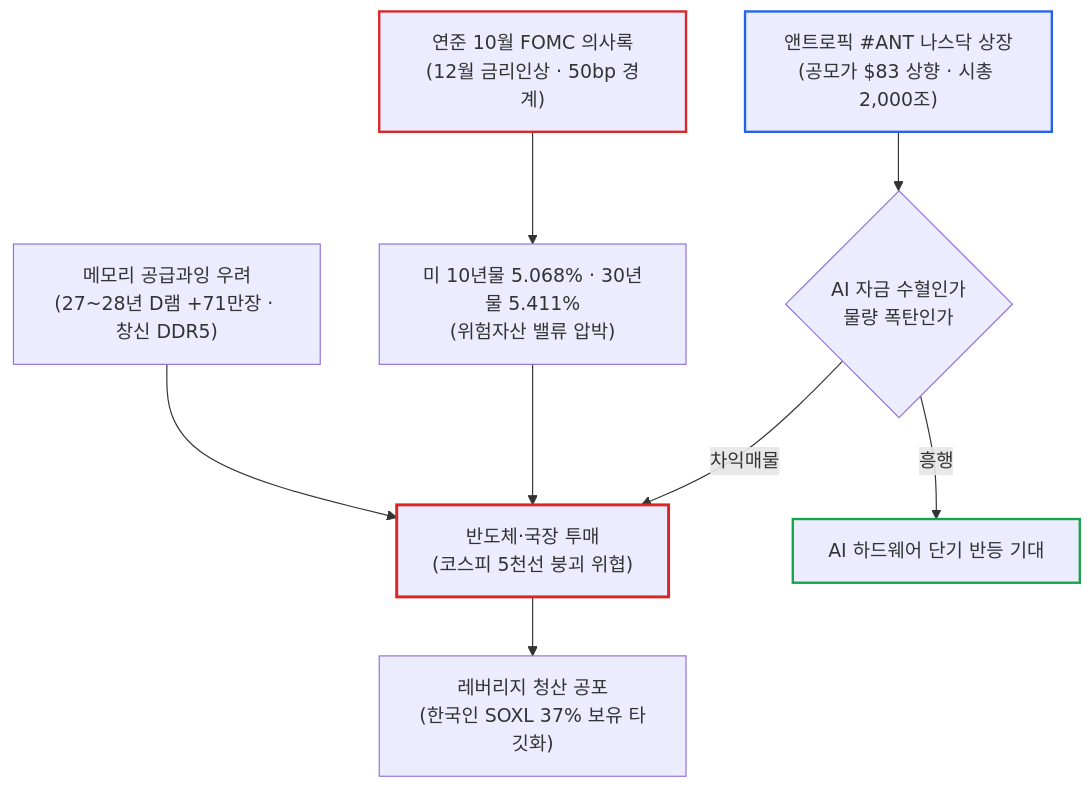
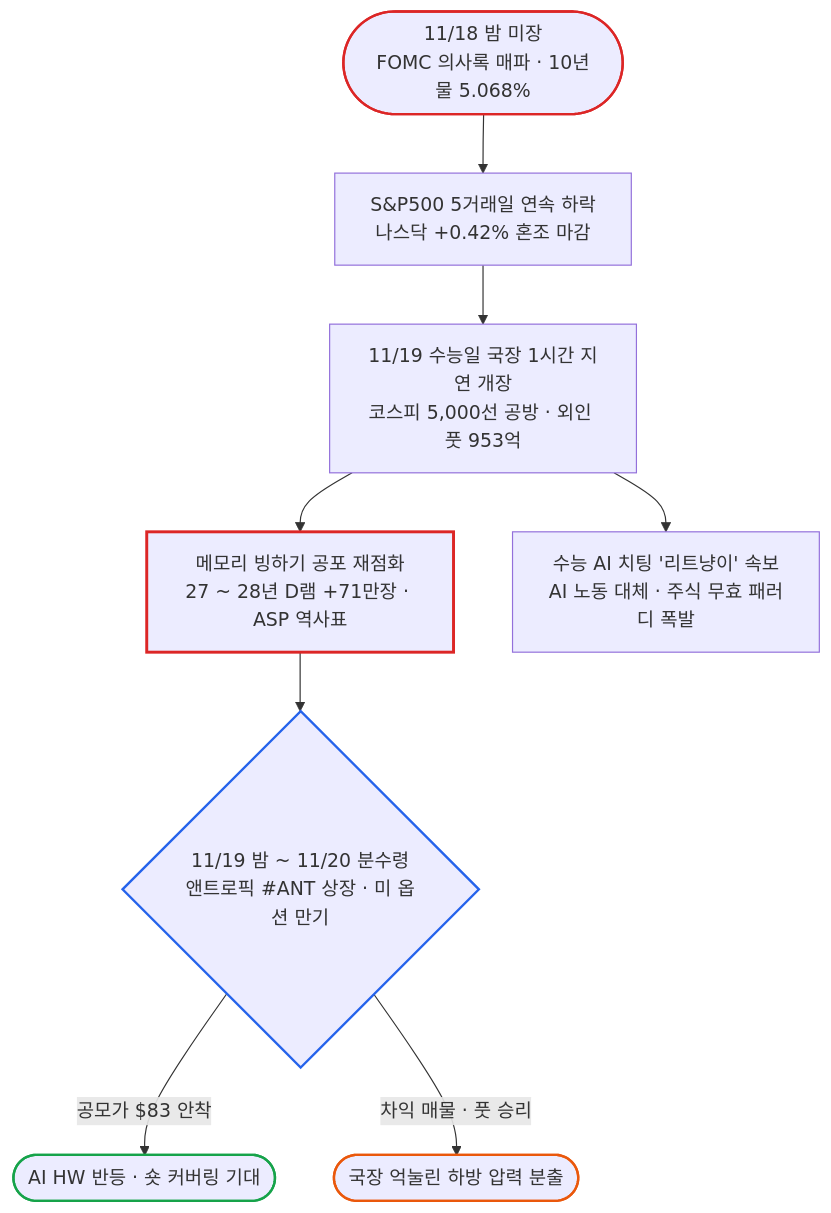
One commit to ju-sic/ju-sic.github.io changed the diagram in docs/blind/2026/11/19.md. Above: the diagram before and after it, drawn with Mermaid. The commit also changed other lines of this file, not shown here.

````diff
--- a/docs/blind/2026/11/19.md
+++ b/docs/blind/2026/11/19.md
@@ -203,15 +127,16 @@
 ```mermaid
 flowchart TD
-    Macro["연준 10월 FOMC 의사록<br>(12월 금리인상 · 50bp 경계)"] --> Rate["미 10년물 5.068% · 30년물 5.411%<br>(위험자산 밸류 압박)"]
-    Supply["메모리 공급과잉 우려<br>(27~28년 D램 +71만장 · 창신 DDR5)"] --> Semi["반도체·국장 투매<br>(코스피 5천선 붕괴 위협)"]
-    Rate --> Semi
-    Semi --> Lever["레버리지 청산 공포<br>(한국인 SOXL 37% 보유 타깃화)"]
-    Anthropic["앤트로픽 #ANT 나스닥 상장<br>(공모가 $83 상향 · 시총 2,000조)"] --> Split{"AI 자금 수혈인가<br>물량 폭탄인가"}
-    Split -->|흥행| Relief["AI 하드웨어 단기 반등 기대"]
-    Split -->|차익매물| Semi
+    A(["11/18 밤 미장<br>FOMC 의사록 매파 · 10년물 5.068%"]) --> B["S&P500 5거래일 연속 하락<br>나스닥 +0.42% 혼조 마감"]
+    B --> C["11/19 수능일 국장 1시간 지연 개장<br>코스피 5,000선 공방 · 외인 풋 953억"]
+    C --> D["메모리 빙하기 공포 재점화<br>27 ~ 28년 D램 +71만장 · ASP 역사표"]
+    C --> E["수능 AI 치팅 '리트냥이' 속보<br>AI 노동 대체 · 주식 무효 패러디 폭발"]
+    D --> F{"11/19 밤 ~ 11/20 분수령<br>앤트로픽 #ANT 상장 · 미 옵션 만기"}
+    F -->|공모가 $83 안착| G(["AI HW 반등 · 숏 커버링 기대"])
+    F -->|차익 매물 · 풋 승리| H(["국장 억눌린 하방 압력 분출"])
 
-    style Macro stroke:#dc2626,stroke-width:2px
-    style Semi stroke:#dc2626,stroke-width:2.5px
-    style Anthropic stroke:#2563eb,stroke-width:2px
-    style Relief stroke:#16a34a,stroke-width:2px
+    style A stroke:#dc2626,stroke-width:2px
+    style D stroke:#dc2626,stroke-width:2.5px
+    style F stroke:#2563eb,stroke-width:2px
+    style G stroke:#16a34a,stroke-width:2px
+    style H stroke:#ea580c,stroke-width:2px
 ```
````
